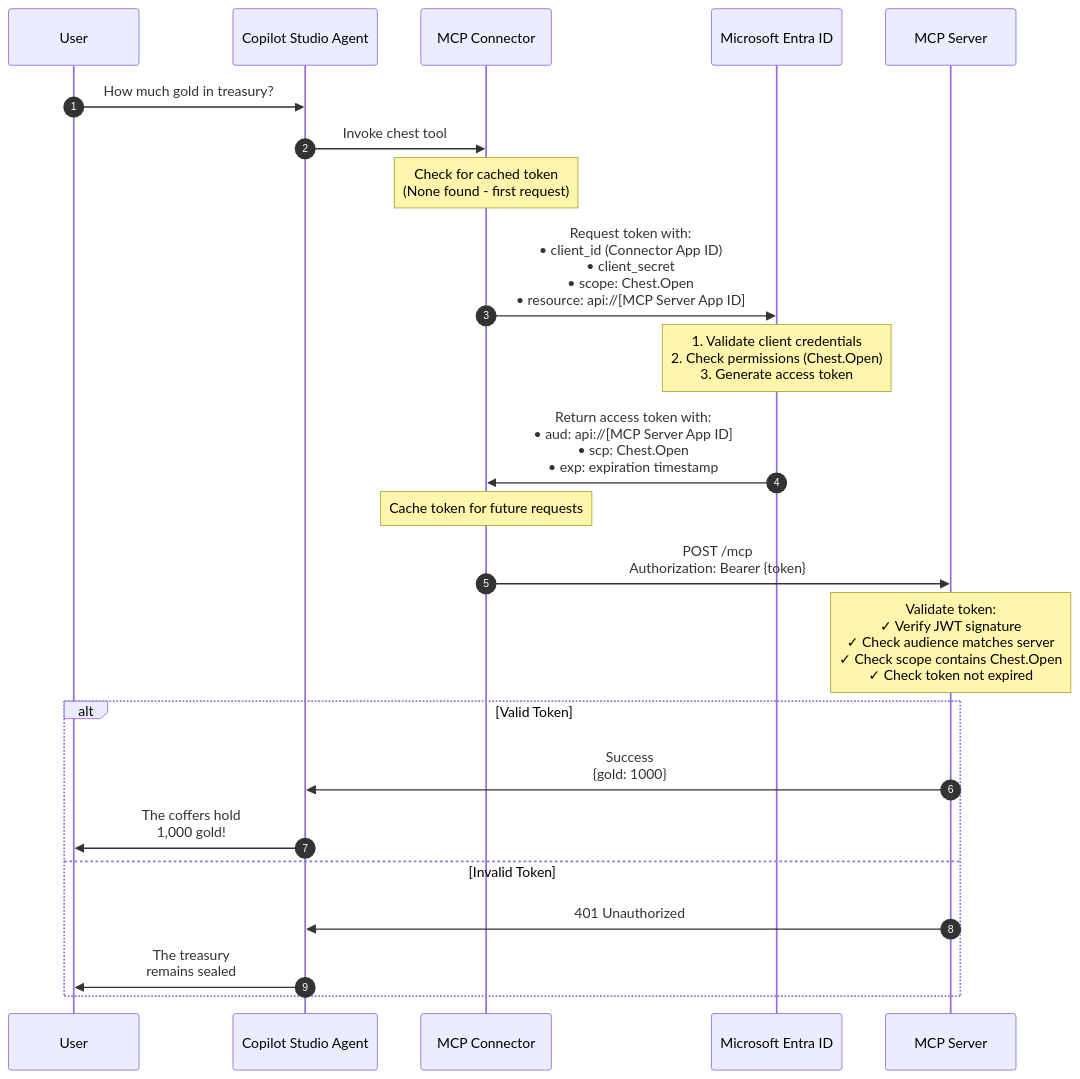
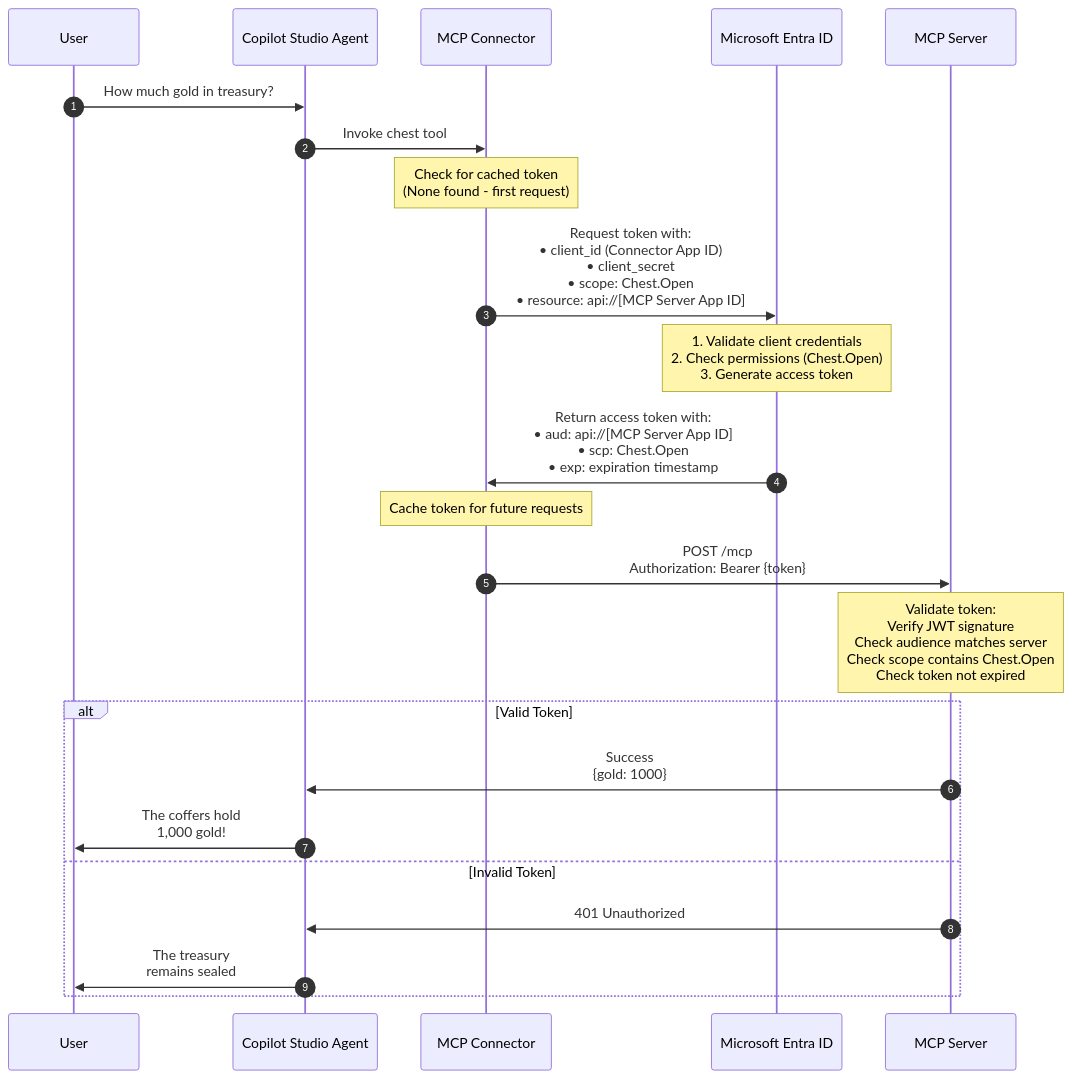
The diagram in _labs/guildhall-custom-mcp.md (microsoft/mcs-labs), drawn with Mermaid before and after one commit. The commit also changed other lines of this file and 79 other files, not shown here.

````diff
--- a/_labs/guildhall-custom-mcp.md
+++ b/_labs/guildhall-custom-mcp.md
@@ -957,26 +957,26 @@
 ```mermaid
 sequenceDiagram
     autonumber
     participant User
     participant Agent as Copilot Studio Agent
     participant Connector as MCP Connector
     participant EntraID as Microsoft Entra ID
     participant MCP as MCP Server
 
     User->>Agent: How much gold in treasury?
     Agent->>Connector: Invoke chest tool
     Note over Connector: Check for cached token<br/>(None found - first request)
     Connector->>EntraID: Request token with:<br/>• client_id (Connector App ID)<br/>• client_secret<br/>• scope: Chest.Open<br/>• resource: api://[MCP Server App ID]
     Note over EntraID: 1. Validate client credentials<br/>2. Check permissions (Chest.Open)<br/>3. Generate access token
     EntraID->>Connector: Return access token with:<br/>• aud: api://[MCP Server App ID]<br/>• scp: Chest.Open<br/>• exp: expiration timestamp
     Note over Connector: Cache token for future requests
     Connector->>MCP: POST /mcp<br/>Authorization: Bearer {token}
-    Note over MCP: Validate token:<br/>✓ Verify JWT signature<br/>✓ Check audience matches server<br/>✓ Check scope contains Chest.Open<br/>✓ Check token not expired
+    Note over MCP: Validate token:<br/> Verify JWT signature<br/> Check audience matches server<br/> Check scope contains Chest.Open<br/> Check token not expired
     alt Valid Token
         MCP->>Agent: Success<br/>{gold: 1000}
         Agent->>User: The coffers hold<br/>1,000 gold!
     else Invalid Token
         MCP->>Agent: 401 Unauthorized
         Agent->>User: The treasury<br/>remains sealed
     end
 ```
````
